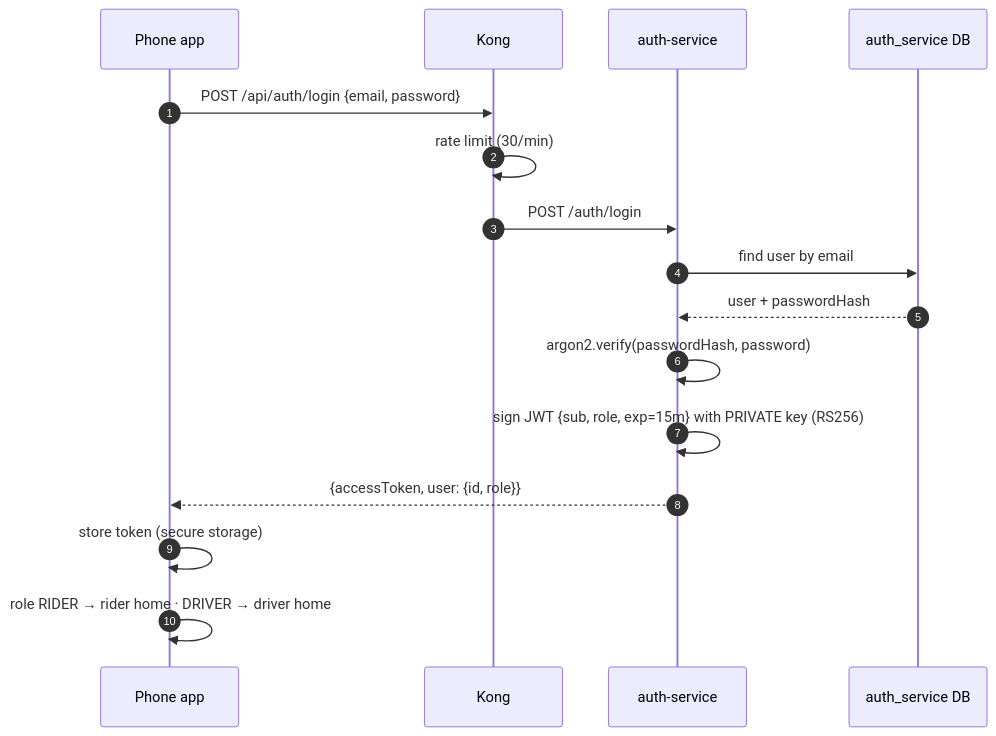
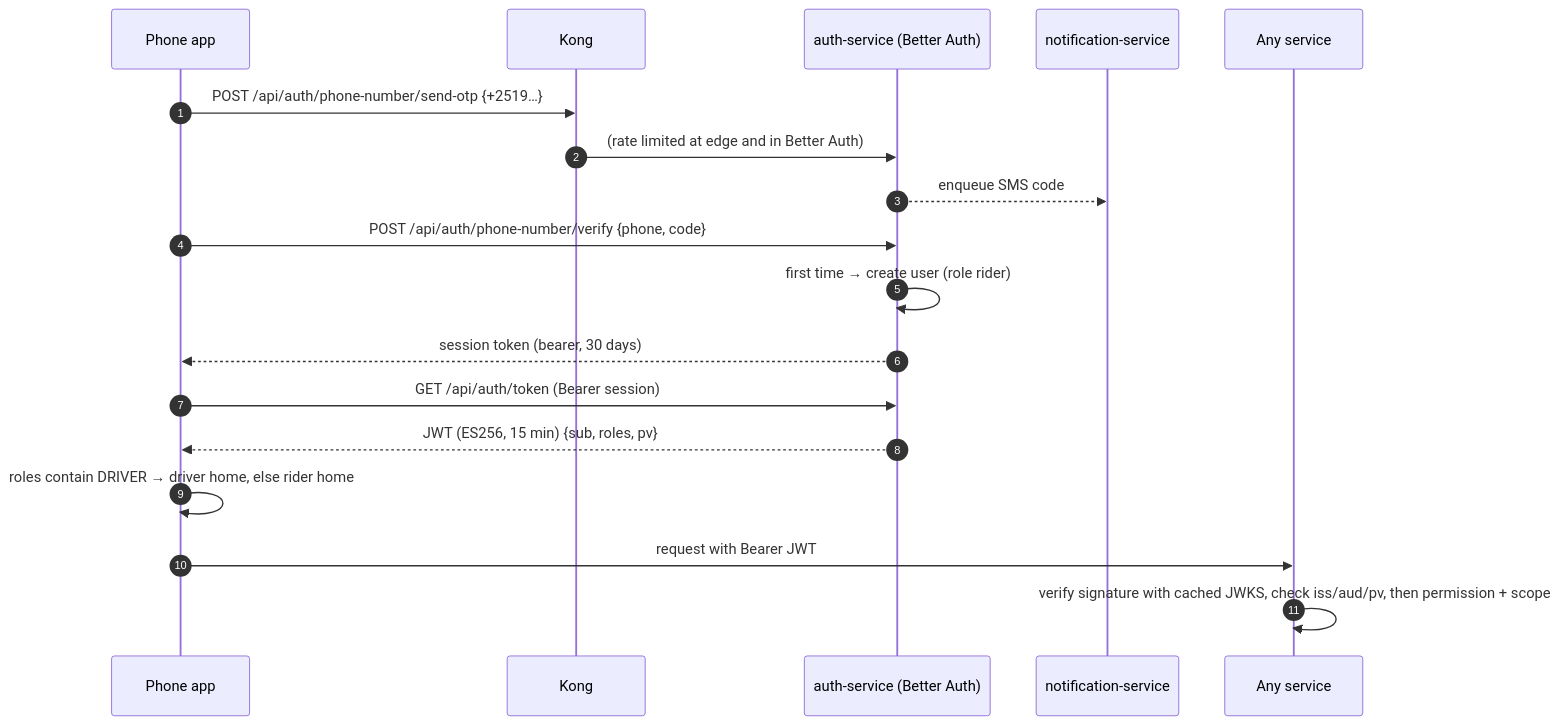
Before and after one commit to beab1212/Anbessa: the fifth of 17 diagrams in docs/architecture/overview.md, drawn with Mermaid. The commit also changed other lines of this file and 9 other files, not shown here.

Commit message:
Refactor authentication documentation to outline the transition to Better Auth, detailing planned features such as phone OTP, staff 2FA, and JWT signing with JWKS. Update related design documents and clarify the current state of auth-service and its integration with other services.

````diff
--- a/docs/architecture/overview.md
+++ b/docs/architecture/overview.md
@@ -228,19 +228,21 @@
 ```mermaid
 sequenceDiagram
   autonumber
   participant App as Phone app
   participant Kong
-  participant Auth as auth-service
-  participant DB as auth_service DB
+  participant BA as auth-service (Better Auth)
+  participant N as notification-service
+  participant S as Any service
 
-  App->>Kong: POST /api/auth/login {email, password}
-  Kong->>Kong: rate limit (30/min)
-  Kong->>Auth: POST /auth/login
-  Auth->>DB: find user by email
-  DB-->>Auth: user + passwordHash
-  Auth->>Auth: argon2.verify(passwordHash, password)
-  Auth->>Auth: sign JWT {sub, role, exp=15m} with PRIVATE key (RS256)
-  Auth-->>App: {accessToken, user: {id, role}}
-  App->>App: store token (secure storage)
-  App->>App: role RIDER → rider home · DRIVER → driver home
+  App->>Kong: POST /api/auth/phone-number/send-otp {+2519…}
+  Kong->>BA: (rate limited at edge and in Better Auth)
+  BA-->>N: enqueue SMS code
+  App->>BA: POST /api/auth/phone-number/verify {phone, code}
+  BA->>BA: first time → create user (role rider)
+  BA-->>App: session token (bearer, 30 days)
+  App->>BA: GET /api/auth/token (Bearer session)
+  BA-->>App: JWT (ES256, 15 min) {sub, roles, pv}
+  App->>App: roles contain DRIVER → driver home, else rider home
+  App->>S: request with Bearer JWT
+  S->>S: verify signature with cached JWKS, check iss/aud/pv, then permission + scope
 ```
````
